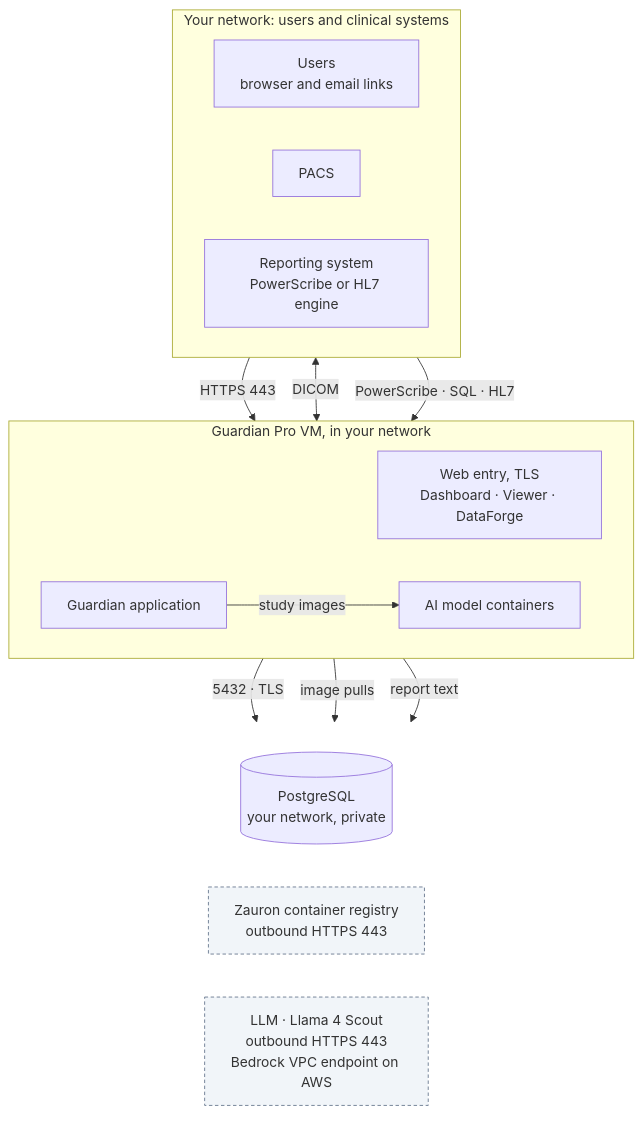
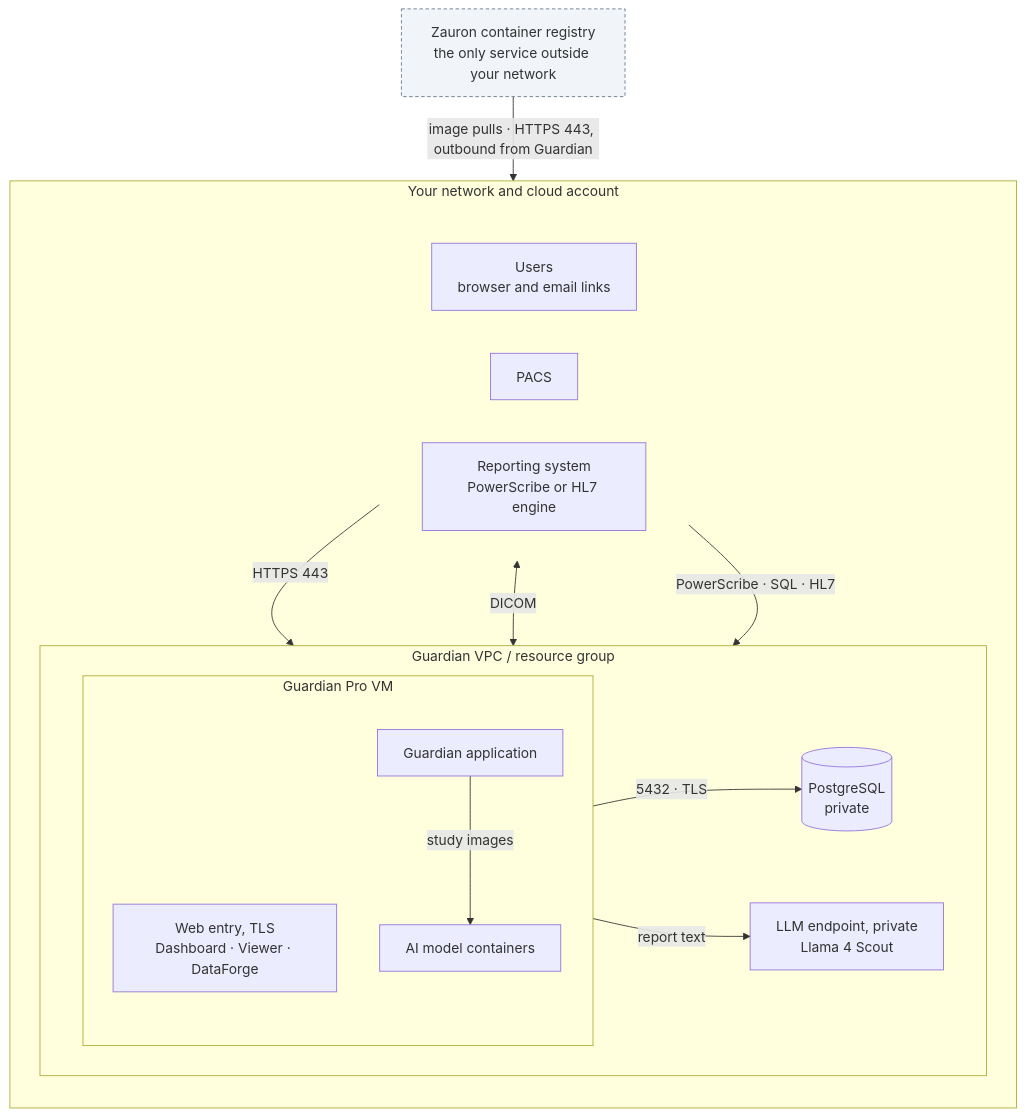
The diagram in docs/installation.md (Zauron-Labs/guardian-pro-gitbook), drawn with Mermaid before and after one commit. The commit also changed other lines of this file, not shown here.

Commit message:
Diagram: database and LLM endpoint inside the Guardian VPC; only the registry outside
The Guardian VPC / resource group in the customer's cloud holds the VM, PostgreSQL and a
private LLM endpoint (Bedrock VPC endpoint on AWS). Zauron's container registry is the only
service outside the customer's network. LLM text on the page updated to match.

````diff
--- a/docs/installation.md
+++ b/docs/installation.md
@@ -218,35 +218,36 @@
 ```mermaid
 flowchart TB
-    subgraph TOP["Your network: users and clinical systems"]
-        direction LR
-        USERS["Users<br/>browser and email links"]
-        PACS["PACS"]
-        RPT["Reporting system<br/>PowerScribe or HL7 engine"]
+    subgraph NET["Your network and cloud account"]
+        direction TB
+        subgraph TOP[" "]
+            direction LR
+            USERS["Users<br/>browser and email links"]
+            PACS["PACS"]
+            RPT["Reporting system<br/>PowerScribe or HL7 engine"]
+        end
+        subgraph GVPC["Guardian VPC / resource group"]
+            direction LR
+            subgraph VM["Guardian Pro VM"]
+                direction TB
+                WEB["Web entry, TLS<br/>Dashboard · Viewer · DataForge"]
+                APP["Guardian application"]
+                MODELS["AI model containers"]
+            end
+            DB[("PostgreSQL<br/>private")]
+            LLM["LLM endpoint, private<br/>Llama 4 Scout"]
+        end
     end
-
-    subgraph VM["Guardian Pro VM, in your network"]
-        direction LR
-        WEB["Web entry, TLS<br/>Dashboard · Viewer · DataForge"]
-        APP["Guardian application"]
-        MODELS["AI model containers"]
-    end
-
-    subgraph BOTTOM[" "]
-        direction LR
-        DB[("PostgreSQL<br/>your network, private")]
-        REG["Zauron container registry<br/>outbound HTTPS 443"]
-        LLM["LLM · Llama 4 Scout<br/>outbound HTTPS 443<br/>Bedrock VPC endpoint on AWS"]
-    end
+    REG["Zauron container registry<br/>the only service outside your network"]
 
     USERS -->|"HTTPS 443"| WEB
     PACS <-->|"DICOM"| APP
     RPT -->|"PowerScribe · SQL · HL7"| APP
     APP -->|"study images"| MODELS
     APP -->|"5432 · TLS"| DB
-    APP -->|"image pulls"| REG
     APP -->|"report text"| LLM
+    REG -->|"image pulls · HTTPS 443, outbound from Guardian"| APP
 
-    style BOTTOM fill:none,stroke:none
+    style TOP fill:none,stroke:none
     classDef ext fill:#f1f5f9,stroke:#64748b,stroke-dasharray: 4 3
-    class REG,LLM ext
+    class REG ext
 ```
````
